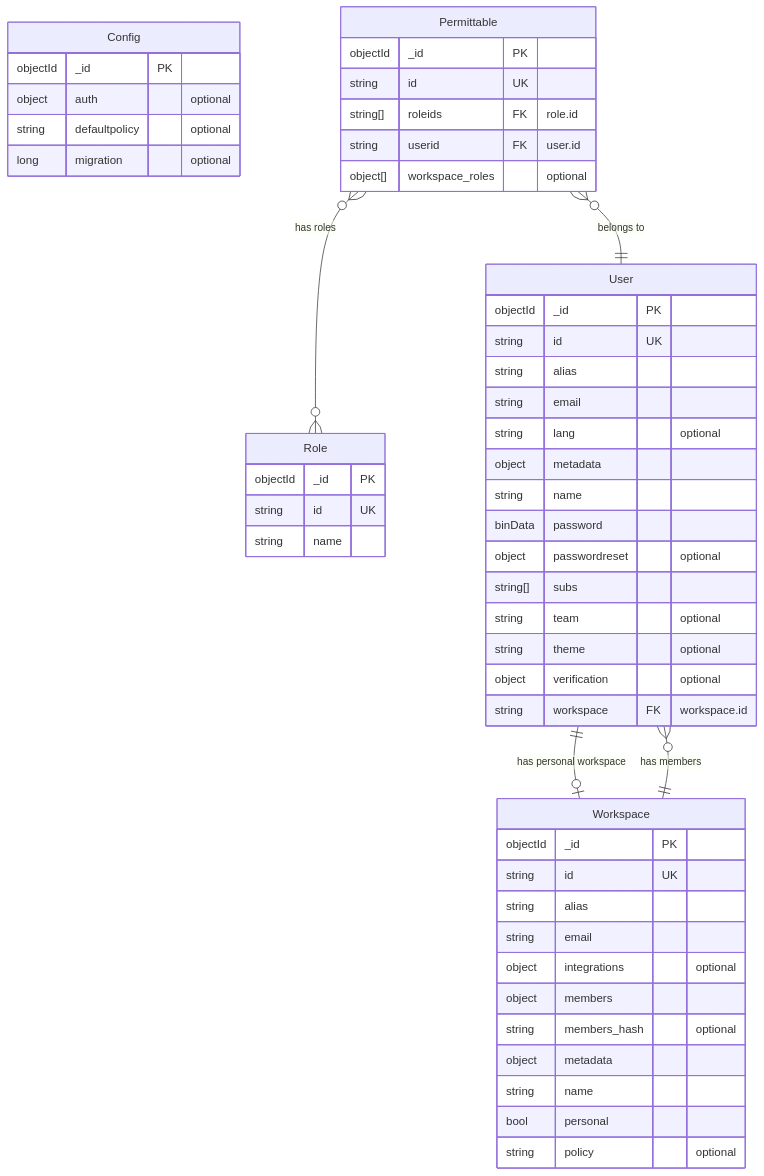
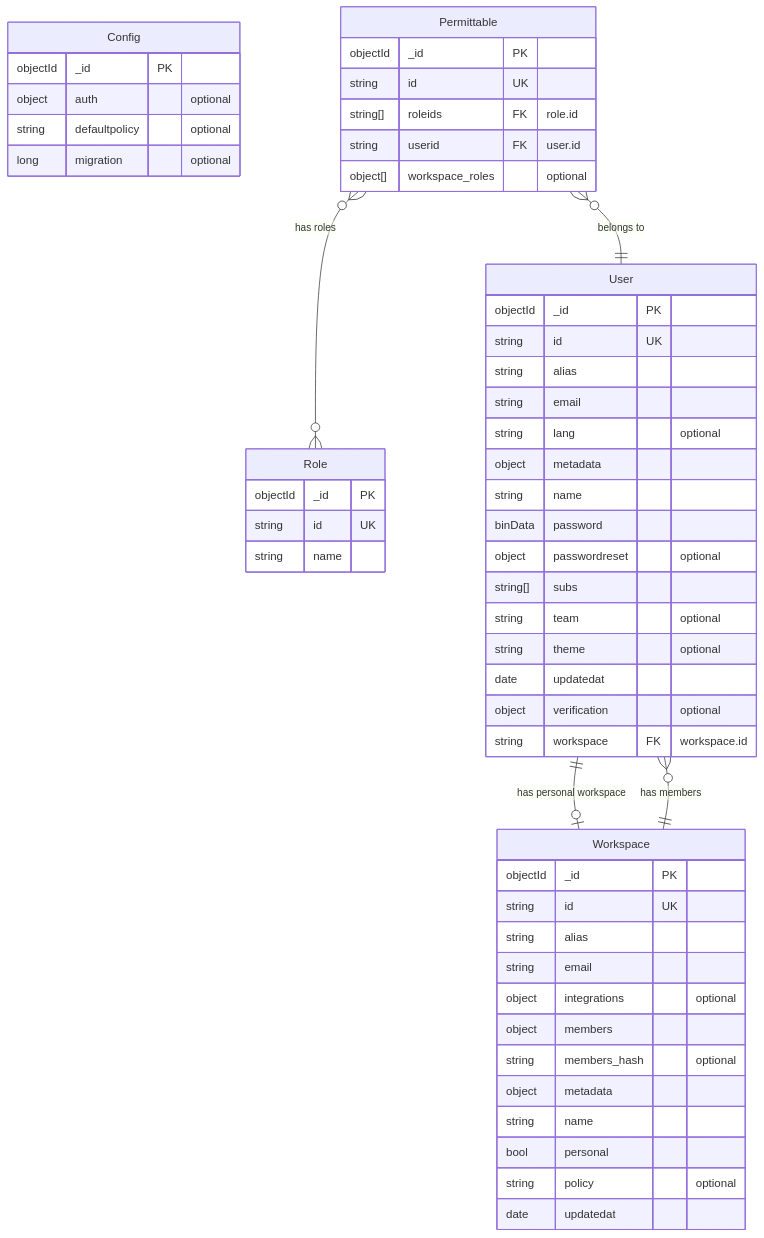
The diagram in server/internal/infrastructure/mongo/schema/ER.md (reearth/reearth-accounts), drawn with Mermaid before and after one commit. The commit also changed 24 other files, not shown here.

````diff
--- a/server/internal/infrastructure/mongo/schema/ER.md
+++ b/server/internal/infrastructure/mongo/schema/ER.md
@@ -5,59 +5,61 @@
 ```mermaid
 erDiagram
     Config {
         objectId _id PK
         object auth "optional"
         string defaultpolicy "optional"
         long migration "optional"
     }
 
     Permittable {
         objectId _id PK
         string id UK
         string[] roleids FK "role.id"
         string userid FK "user.id"
         object[] workspace_roles "optional"
     }
 
     Role {
         objectId _id PK
         string id UK
         string name
     }
 
     User {
         objectId _id PK
         string id UK
         string alias
         string email
         string lang "optional"
         object metadata
         string name
         binData password
         object passwordreset "optional"
         string[] subs
         string team "optional"
         string theme "optional"
+        date updatedat
         object verification "optional"
         string workspace FK "workspace.id"
     }
 
     Workspace {
         objectId _id PK
         string id UK
         string alias
         string email
         object integrations "optional"
         object members
         string members_hash "optional"
         object metadata
         string name
         bool personal
         string policy "optional"
+        date updatedat
     }
 
     User ||--o| Workspace : "has personal workspace"
     Workspace ||--o{ User : "has members"
     Permittable }o--|| User : "belongs to"
     Permittable }o--o{ Role : "has roles"
 ```
````
